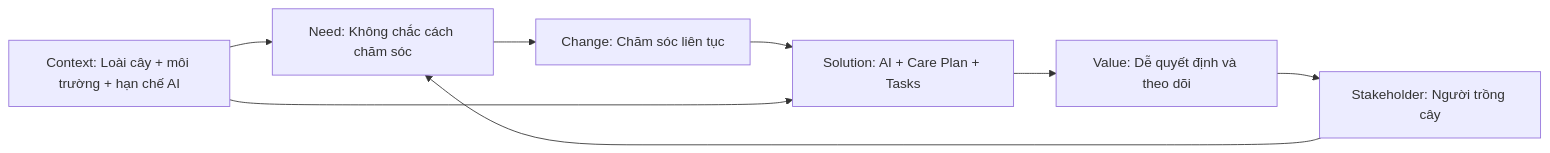
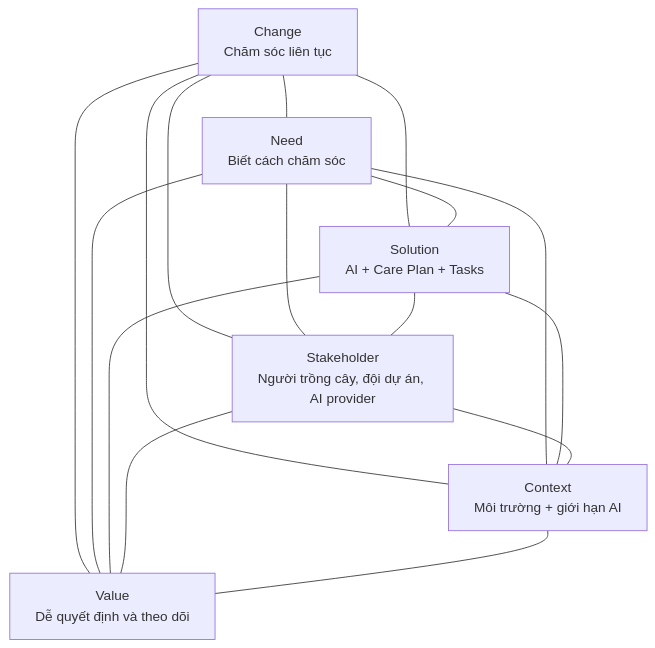
Before and after one commit to VuongDucHieu/Plant-Care-Backend-API: the diagram in docs/01-product/baccm-analysis.md, drawn with Mermaid. The commit also changed other lines of this file and 2 other files, not shown here.

````diff
--- a/docs/01-product/baccm-analysis.md
+++ b/docs/01-product/baccm-analysis.md
@@ -18,10 +25,15 @@
 ```mermaid
-flowchart LR
-  N["Need: Không chắc cách chăm sóc"] --> C["Change: Chăm sóc liên tục"]
-  C --> S["Solution: AI + Care Plan + Tasks"]
-  ST["Stakeholder: Người trồng cây"] --> N
-  S --> V["Value: Dễ quyết định và theo dõi"]
-  CT["Context: Loài cây + môi trường + hạn chế AI"] --> N
-  CT --> S
-  V --> ST
+flowchart TB
+  C["Change<br/>Chăm sóc liên tục"]
+  N["Need<br/>Biết cách chăm sóc"]
+  S["Solution<br/>AI + Care Plan + Tasks"]
+  ST["Stakeholder<br/>Người trồng cây, đội dự án, AI provider"]
+  CT["Context<br/>Môi trường + giới hạn AI"]
+  V["Value<br/>Dễ quyết định và theo dõi"]
+ 
+  C --- N & S & ST & CT & V
+  N --- S & ST & CT & V
+  S --- ST & CT & V
+  ST --- CT & V
+  CT --- V
 ```
````
